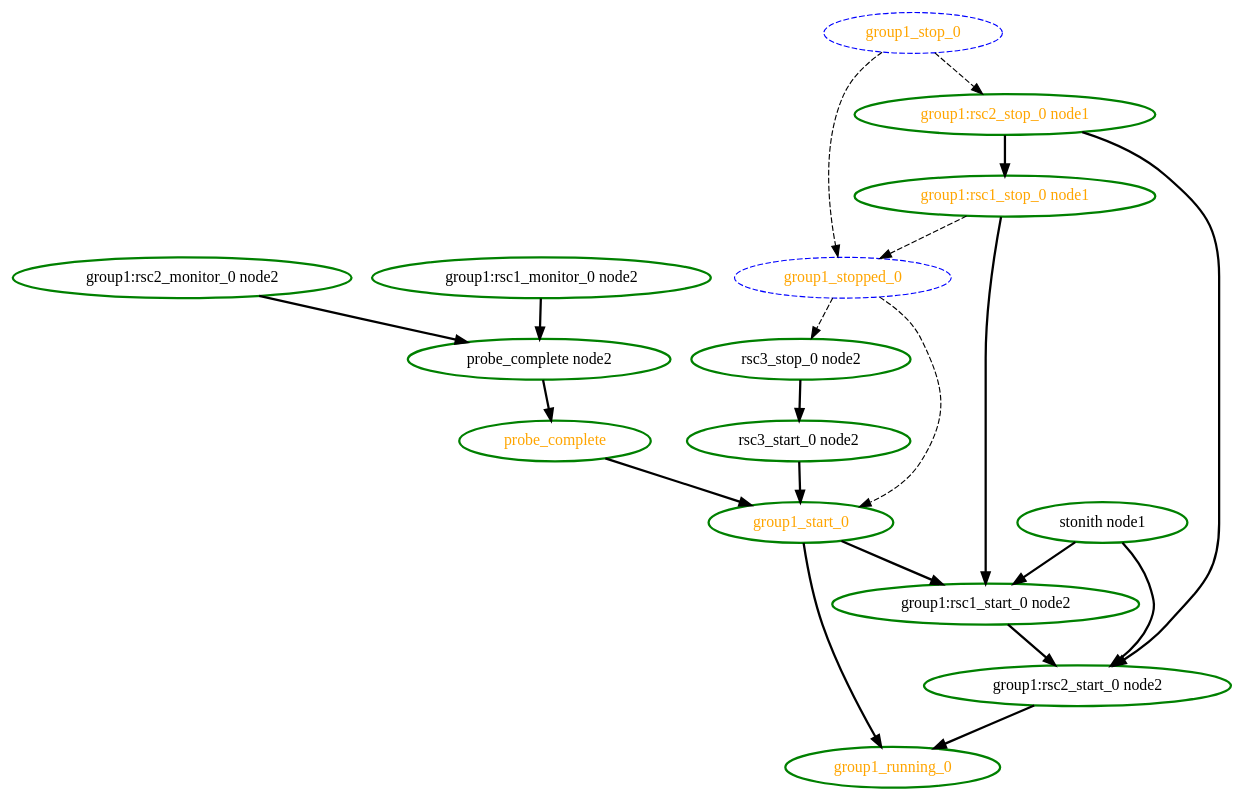
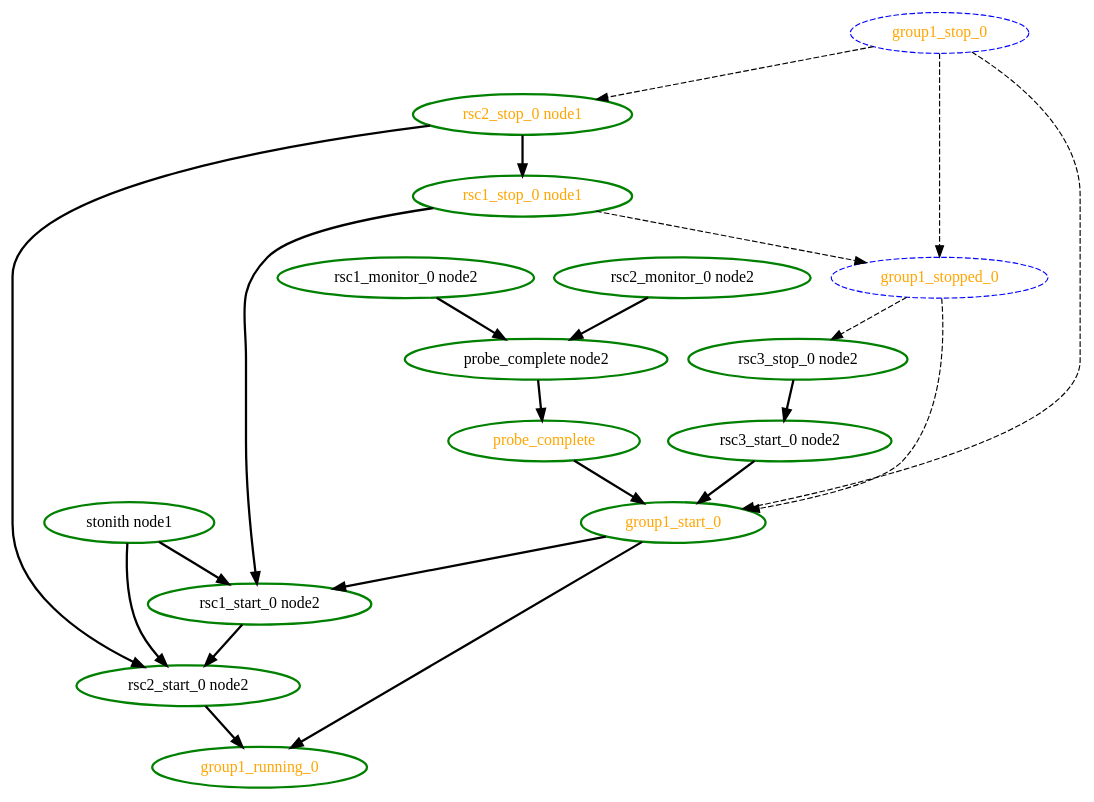
The diagram in crm/pengine/testcases/rec-node-11.dot (richiewen8/heartbeat), drawn with Graphviz before and after one commit. The commit also changed 200 other files, not shown here.

```diff
--- a/crm/pengine/testcases/rec-node-11.dot
+++ b/crm/pengine/testcases/rec-node-11.dot
@@ -1,38 +1,39 @@
 digraph "g" {
 	size = "30,30"
-"group1:rsc1_stop_0 node1" [ style=bold color="green" fontcolor="orange" ]
+"rsc1_stop_0 node1" [ style=bold color="green" fontcolor="orange" ]
 "probe_complete" [ style=bold color="green" fontcolor="orange" ]
 "probe_complete node2" [ style=bold color="green" fontcolor="black" ]
-"group1:rsc1_monitor_0 node2" [ style=bold color="green" fontcolor="black" ]
-"group1:rsc2_monitor_0 node2" [ style=bold color="green" fontcolor="black" ]
-"group1:rsc1_start_0 node2" [ style=bold color="green" fontcolor="black" ]
-"group1:rsc2_stop_0 node1" [ style=bold color="green" fontcolor="orange" ]
-"group1:rsc2_start_0 node2" [ style=bold color="green" fontcolor="black" ]
+"rsc1_monitor_0 node2" [ style=bold color="green" fontcolor="black" ]
+"rsc2_monitor_0 node2" [ style=bold color="green" fontcolor="black" ]
+"rsc1_start_0 node2" [ style=bold color="green" fontcolor="black" ]
+"rsc2_stop_0 node1" [ style=bold color="green" fontcolor="orange" ]
+"rsc2_start_0 node2" [ style=bold color="green" fontcolor="black" ]
 "group1_start_0" [ style=bold color="green" fontcolor="orange" ]
 "group1_running_0" [ style=bold color="green" fontcolor="orange" ]
 "group1_stop_0" [ style="dashed" color="blue" fontcolor="orange" ]
 "group1_stopped_0" [ style="dashed" color="blue" fontcolor="orange" ]
 "rsc3_stop_0 node2" [ style=bold color="green" fontcolor="black" ]
 "rsc3_start_0 node2" [ style=bold color="green" fontcolor="black" ]
 "stonith node1" [ style=bold color="green" fontcolor="black" ]
-"group1:rsc2_stop_0 node1" -> "group1:rsc1_stop_0 node1" [ style = bold]
+"rsc2_stop_0 node1" -> "rsc1_stop_0 node1" [ style = bold]
 "probe_complete node2" -> "probe_complete" [ style = bold]
-"group1:rsc1_monitor_0 node2" -> "probe_complete node2" [ style = bold]
-"group1:rsc2_monitor_0 node2" -> "probe_complete node2" [ style = bold]
-"group1:rsc1_stop_0 node1" -> "group1:rsc1_start_0 node2" [ style = bold]
-"group1_start_0" -> "group1:rsc1_start_0 node2" [ style = bold]
-"stonith node1" -> "group1:rsc1_start_0 node2" [ style = bold]
-"group1_stop_0" -> "group1:rsc2_stop_0 node1" [ style = dashed]
-"group1:rsc1_start_0 node2" -> "group1:rsc2_start_0 node2" [ style = bold]
-"group1:rsc2_stop_0 node1" -> "group1:rsc2_start_0 node2" [ style = bold]
-"stonith node1" -> "group1:rsc2_start_0 node2" [ style = bold]
+"rsc1_monitor_0 node2" -> "probe_complete node2" [ style = bold]
+"rsc2_monitor_0 node2" -> "probe_complete node2" [ style = bold]
+"rsc1_stop_0 node1" -> "rsc1_start_0 node2" [ style = bold]
+"group1_start_0" -> "rsc1_start_0 node2" [ style = bold]
+"stonith node1" -> "rsc1_start_0 node2" [ style = bold]
+"group1_stop_0" -> "rsc2_stop_0 node1" [ style = dashed]
+"rsc1_start_0 node2" -> "rsc2_start_0 node2" [ style = bold]
+"rsc2_stop_0 node1" -> "rsc2_start_0 node2" [ style = bold]
+"stonith node1" -> "rsc2_start_0 node2" [ style = bold]
 "probe_complete" -> "group1_start_0" [ style = bold]
+"group1_stop_0" -> "group1_start_0" [ style = dashed]
 "group1_stopped_0" -> "group1_start_0" [ style = dashed]
 "rsc3_start_0 node2" -> "group1_start_0" [ style = bold]
-"group1:rsc2_start_0 node2" -> "group1_running_0" [ style = bold]
+"rsc2_start_0 node2" -> "group1_running_0" [ style = bold]
 "group1_start_0" -> "group1_running_0" [ style = bold]
 "group1_stop_0" -> "group1_stopped_0" [ style = dashed]
-"group1:rsc1_stop_0 node1" -> "group1_stopped_0" [ style = dashed]
+"rsc1_stop_0 node1" -> "group1_stopped_0" [ style = dashed]
 "group1_stopped_0" -> "rsc3_stop_0 node2" [ style = dashed]
 "rsc3_stop_0 node2" -> "rsc3_start_0 node2" [ style = bold]
 }
```
